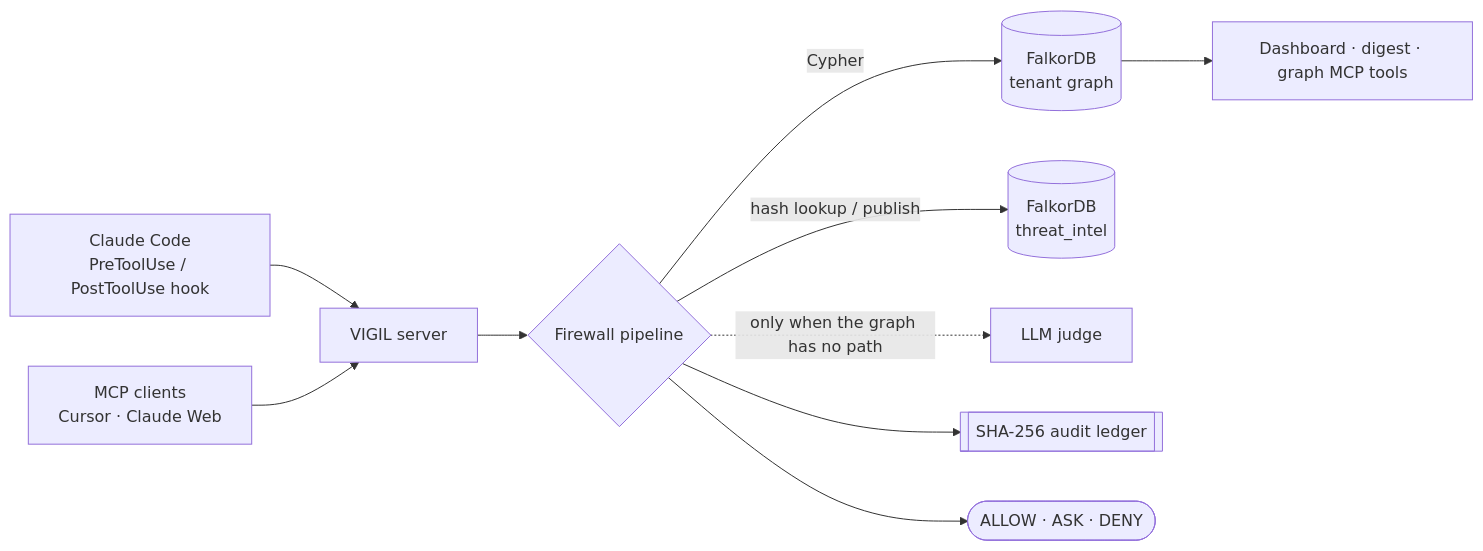
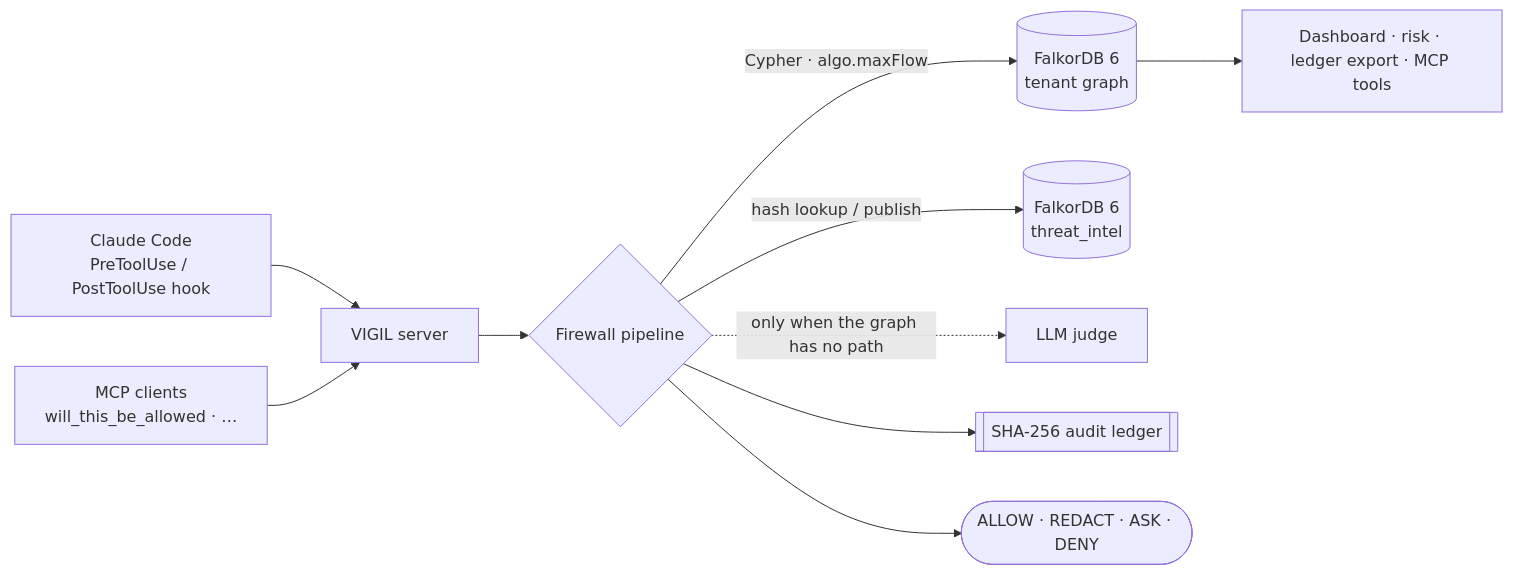
Before and after one commit to Aaditya1273/Onix: the first of 2 diagrams in README.md, drawn with Mermaid. The commit also changed other lines of this file and 2 other files, not shown here.

Commit message:
docs: README in the Graph Hacks order with measured numbers, every Cypher query, eight beats, and a runnable demo script

````diff
--- a/README.md
+++ b/README.md
@@ -173,12 +87,12 @@
 ```mermaid
 flowchart LR
     CC[Claude Code<br/>PreToolUse / PostToolUse hook] --> S
-    MC[MCP clients<br/>Cursor · Claude Web] --> S
+    MC[MCP clients<br/>will_this_be_allowed · …] --> S
     S[VIGIL server] --> FW{Firewall pipeline}
-    FW -- Cypher --> TG[(FalkorDB<br/>tenant graph)]
-    FW -- hash lookup / publish --> TI[(FalkorDB<br/>threat_intel)]
+    FW -- Cypher · algo.maxFlow --> TG[(FalkorDB 6<br/>tenant graph)]
+    FW -- hash lookup / publish --> TI[(FalkorDB 6<br/>threat_intel)]
     FW -. only when the graph has no path .-> J[LLM judge]
     FW --> L[[SHA-256 audit ledger]]
-    FW --> R([ALLOW · ASK · DENY])
-    TG --> D[Dashboard · digest · graph MCP tools]
+    FW --> R([ALLOW · REDACT · ASK · DENY])
+    TG --> D[Dashboard · risk · ledger export · MCP tools]
 ```
````
